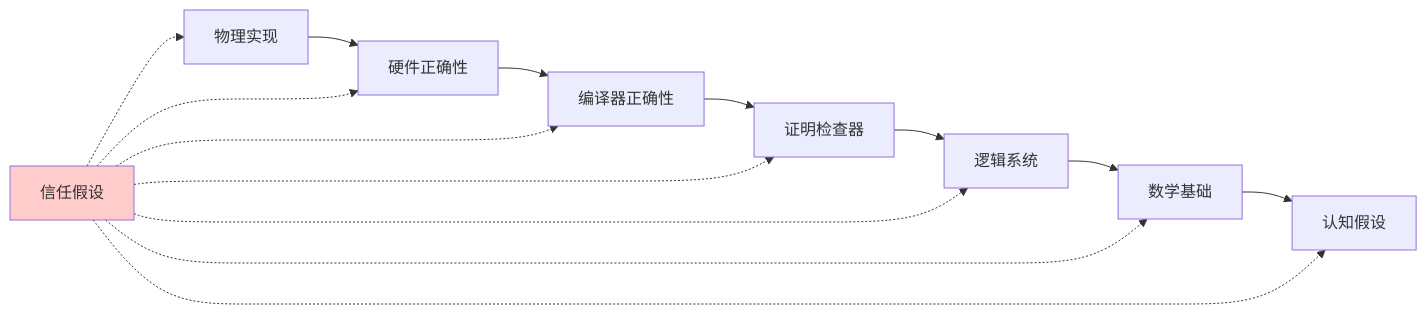
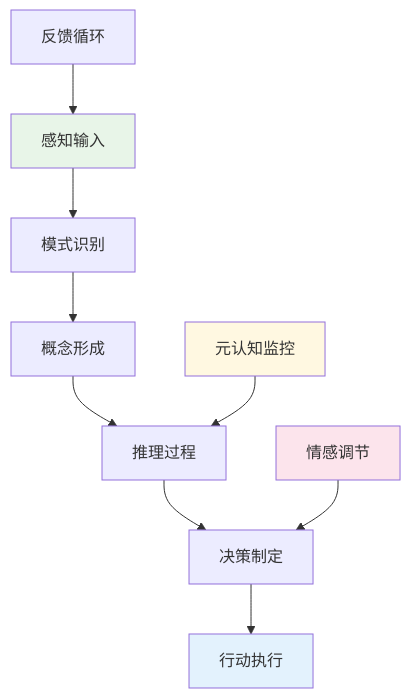
Before and after one commit to AdaMartin18010/Lean: the sixth of 6 diagrams in analysis/1-形式化理论/1.x-其他形式化主题.md, drawn with Mermaid. The commit also changed other lines of this file and 7 other files, not shown here.

````diff
--- a/analysis/1-形式化理论/1.x-其他形式化主题.md
+++ b/analysis/1-形式化理论/1.x-其他形式化主题.md
@@ -490,19 +482,17 @@
 ```mermaid
-graph LR
-    A[物理实现] --> B[硬件正确性]
-    B --> C[编译器正确性]
-    C --> D[证明检查器]
-    D --> E[逻辑系统]
-    E --> F[数学基础]
-    F --> G[认知假设]
+flowchart TD
+    A[感知输入] --> B[模式识别]
+    B --> C[概念形成]
+    C --> D[推理过程]
+    D --> E[决策制定]
+    E --> F[行动执行]
     
-    H[信任假设] -.-> A
-    H -.-> B
-    H -.-> C
-    H -.-> D
-    H -.-> E
-    H -.-> F
-    H -.-> G
+    G[反馈循环] --> A
+    H[元认知监控] --> D
+    I[情感调节] --> E
     
-    style H fill:#ffcccc
+    style A fill:#e8f5e8
+    style F fill:#e3f2fd
+    style H fill:#fff8e1
+    style I fill:#fce4ec
 ```
````
